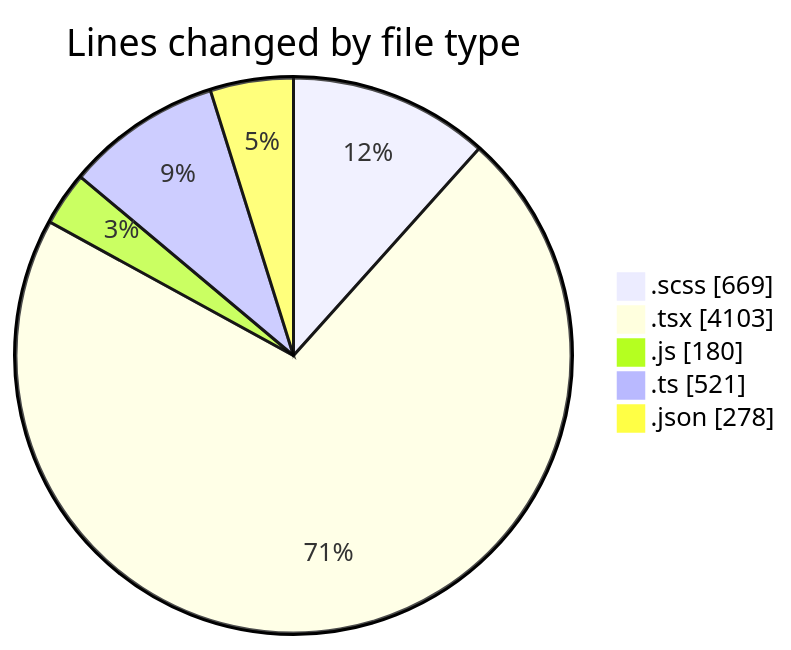
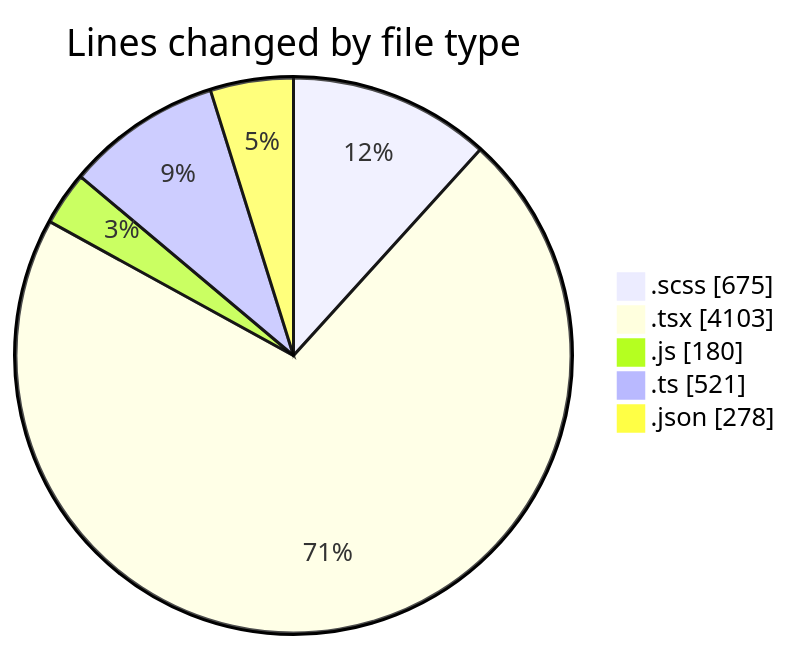
One commit to momahboobian/code-tracking changed the first of 2 diagrams in 2026-08-10/cda/README.md. Above: the diagram before and after it, drawn with Mermaid. The commit also changed other lines of this file and 1 other file, not shown here.

````diff
--- a/2026-08-10/cda/README.md
+++ b/2026-08-10/cda/README.md
@@ -32,9 +32,9 @@
 ```mermaid
 pie showData
 title Lines changed by file type
-".scss" : 669
+".scss" : 675
 ".tsx" : 4103
 ".js" : 180
 ".ts" : 521
 ".json" : 278
 ```
````
